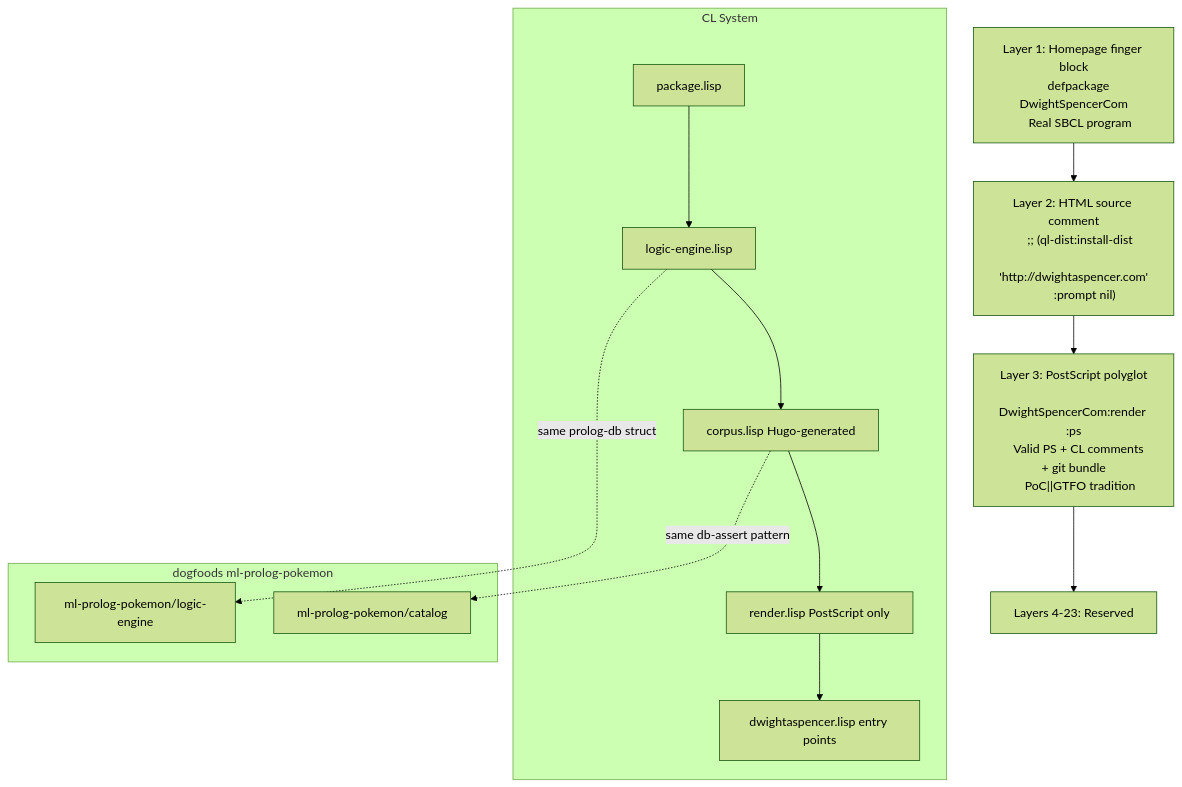
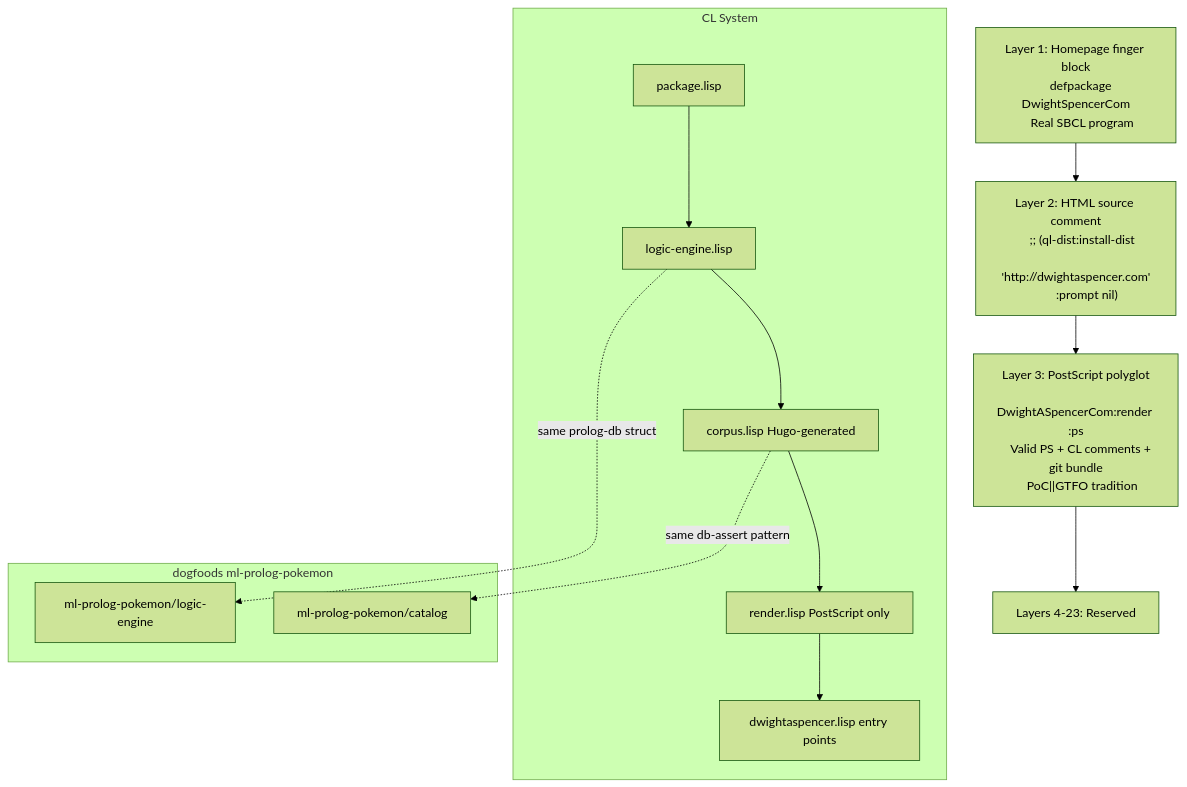
Before and after one commit to denzuko/dwightspencer.com: the second of 4 diagrams in hugo/ARCHITECTURE.md, drawn with Mermaid (forest theme). The commit also changed 11 other files, not shown here.

````diff
--- a/hugo/ARCHITECTURE.md
+++ b/hugo/ARCHITECTURE.md
@@ -23,30 +23,30 @@
 ```mermaid
 graph TD
     L1["Layer 1: Homepage finger block
     defpackage DwightSpencerCom
     Real SBCL program"] --> L2
 
     L2["Layer 2: HTML source comment
     ;; (ql-dist:install-dist
        'http://dwightaspencer.com'
        :prompt nil)"] --> L3
 
     L3["Layer 3: PostScript polyglot
-    DwightSpencerCom:render :ps
+    DwightASpencerCom:render :ps
     Valid PS + CL comments + git bundle
     PoC||GTFO tradition"] --> L4
 
     L4["Layers 4-23: Reserved"]
 
     subgraph CL System
         PKG[package.lisp] --> LE[logic-engine.lisp]
         LE --> CO[corpus.lisp Hugo-generated]
         CO --> RE[render.lisp PostScript only]
         RE --> DW[dwightaspencer.lisp entry points]
     end
 
     subgraph "dogfoods ml-prolog-pokemon"
         LE -. "same prolog-db struct" .-> MP[ml-prolog-pokemon/logic-engine]
         CO -. "same db-assert pattern" .-> CA[ml-prolog-pokemon/catalog]
     end
 ```
````
